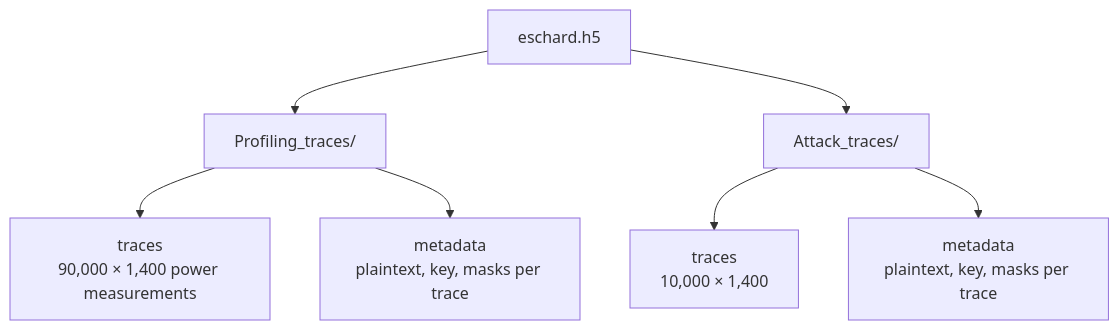
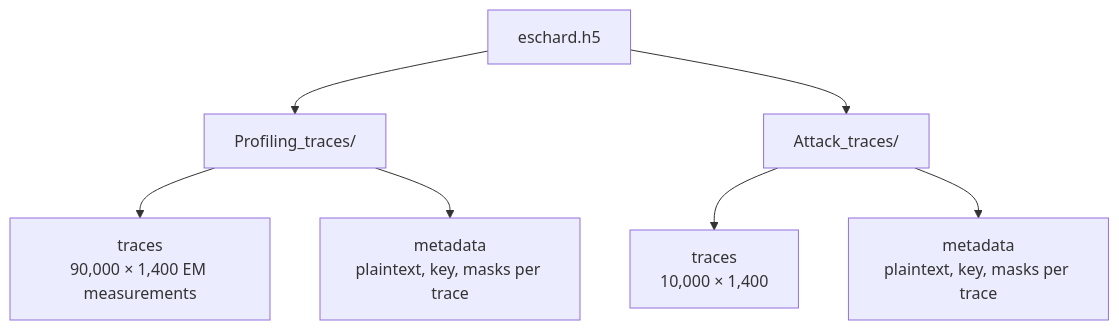
The first of 2 diagrams in docs/02_the_data.md (teravon/feature_emergence), drawn with Mermaid before and after one commit. The commit also changed other lines of this file and 5 other files, not shown here.

````diff
--- a/docs/02_the_data.md
+++ b/docs/02_the_data.md
@@ -43,9 +43,9 @@
 ```mermaid
 flowchart TD
     F["eschard.h5"] --> P["Profiling_traces/"]
     F --> A["Attack_traces/"]
-    P --> PT["traces<br/>90,000 × 1,400 power measurements"]
+    P --> PT["traces<br/>90,000 × 1,400 EM measurements"]
     P --> PM["metadata<br/>plaintext, key, masks per trace"]
     A --> AT["traces<br/>10,000 × 1,400"]
     A --> AM["metadata<br/>plaintext, key, masks per trace"]
 ```
````
